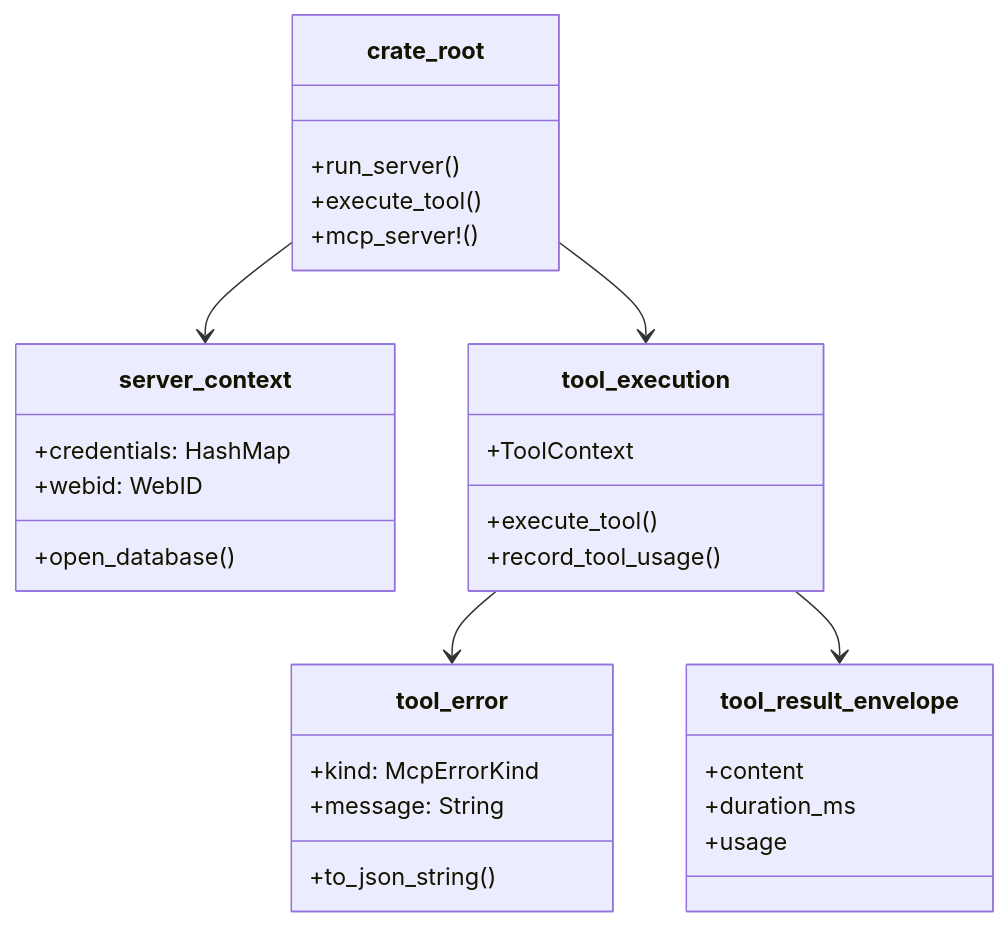
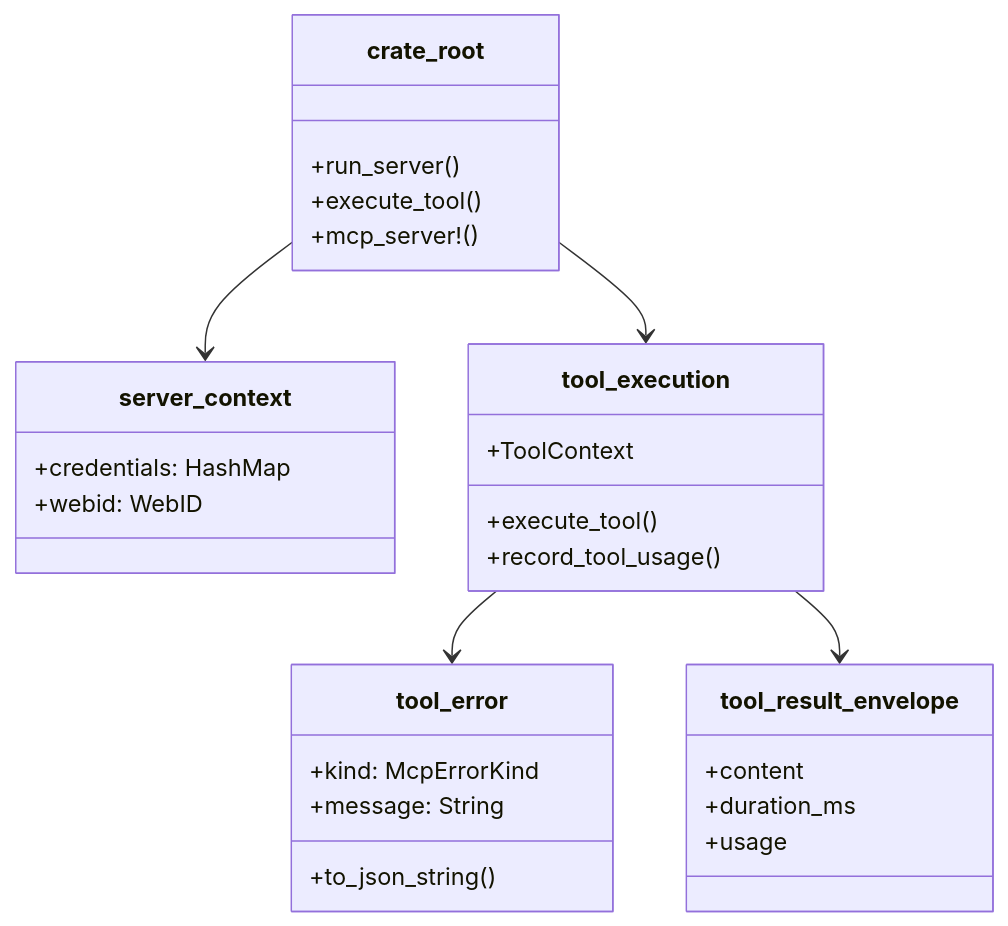
The first of 2 diagrams in kask/docs/diataxis/hkask-mcp-server/reference.md (mdz-axo/zed-kask), drawn with Mermaid before and after one commit. The commit also changed other lines of this file and 27 other files, not shown here.

````diff
--- a/kask/docs/diataxis/hkask-mcp-server/reference.md
+++ b/kask/docs/diataxis/hkask-mcp-server/reference.md
@@ -19,33 +19,33 @@
 ```mermaid
 classDiagram
     class crate_root {
         +run_server()
         +execute_tool()
         +mcp_server!()
     }
     class server_context {
         +credentials: HashMap
         +webid: WebID
-        +open_database()
+
     }
     class tool_execution {
         +ToolContext
         +execute_tool()
         +record_tool_usage()
     }
     class tool_error {
         +kind: McpErrorKind
         +message: String
         +to_json_string()
     }
     class tool_result_envelope {
         +content
         +duration_ms
         +usage
     }
 
     crate_root --> server_context
     crate_root --> tool_execution
     tool_execution --> tool_error
     tool_execution --> tool_result_envelope
 ```
````
